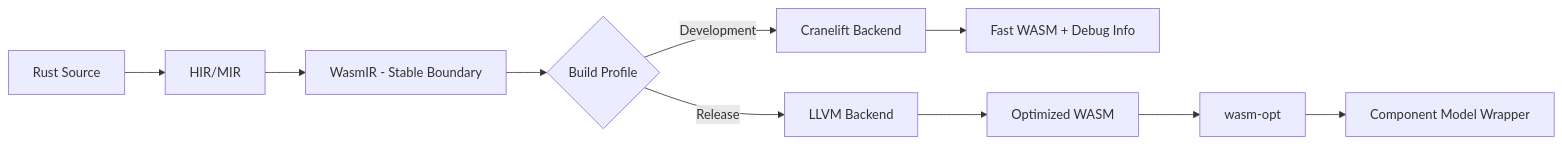
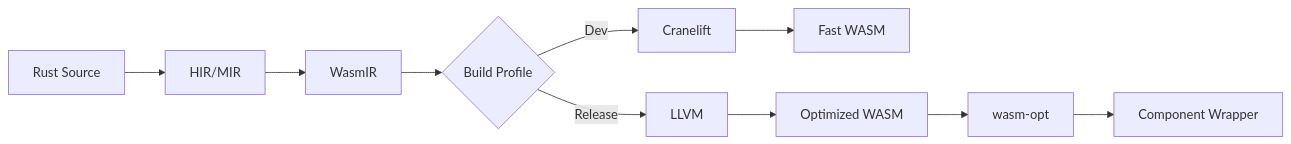
Before and after one commit to yum-chen/wasm-rust: the diagram in ReadMe.md, drawn with Mermaid. The commit also changed other lines of this file, not shown here.

````diff
--- a/ReadMe.md
+++ b/ReadMe.md
@@ -256,12 +187,12 @@
 ```mermaid
 graph LR
     A[Rust Source] --> B[HIR/MIR]
-    B --> C[WasmIR - Stable Boundary]
+    B --> C[WasmIR]
     C --> D{Build Profile}
-    D -->|Development| E[Cranelift Backend]
-    D -->|Release| F[LLVM Backend]
-    E --> G[Fast WASM + Debug Info]
+    D -->|Dev| E[Cranelift]
+    D -->|Release| F[LLVM]
+    E --> G[Fast WASM]
     F --> H[Optimized WASM]
     H --> I[wasm-opt]
-    I --> J[Component Model Wrapper]
+    I --> J[Component Wrapper]
 ```
````
